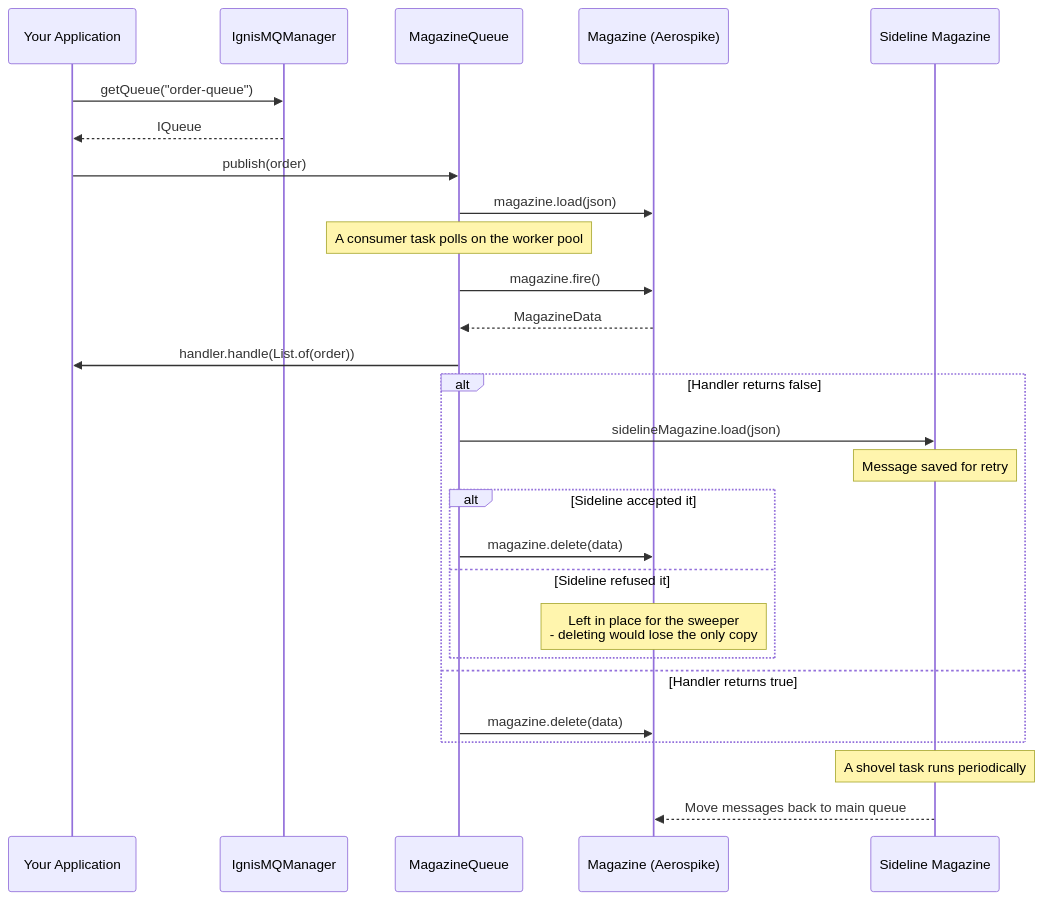
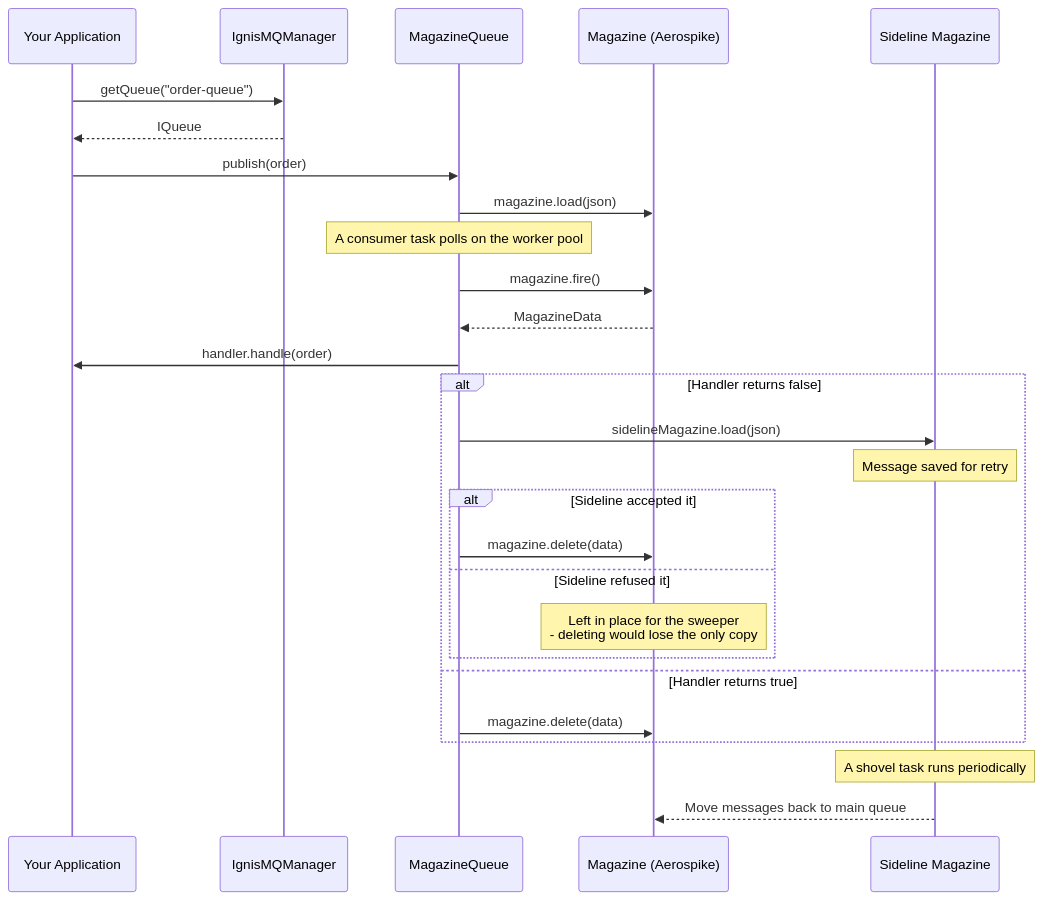
The first of 3 diagrams in docs/docs/index.md (PhonePe/IgnisMQ), drawn with Mermaid before and after one commit. The commit also changed other lines of this file and 45 other files, not shown here.

````diff
--- a/docs/docs/index.md
+++ b/docs/docs/index.md
@@ -45,34 +45,34 @@
 ```mermaid
 sequenceDiagram
     participant App as Your Application
     participant MQ as IgnisMQManager
     participant Q as MagazineQueue
     participant M as Magazine (Aerospike)
     participant S as Sideline Magazine
     
     App->>MQ: getQueue("order-queue")
     MQ-->>App: IQueue
     App->>Q: publish(order)
     Q->>M: magazine.load(json)
     
     Note over Q: A consumer task polls on the worker pool
     
     Q->>M: magazine.fire()
     M-->>Q: MagazineData
-    Q->>App: handler.handle(List.of(order))
+    Q->>App: handler.handle(order)
     
     alt Handler returns false
         Q->>S: sidelineMagazine.load(json)
         Note over S: Message saved for retry
         alt Sideline accepted it
             Q->>M: magazine.delete(data)
         else Sideline refused it
             Note over M: Left in place for the sweeper<br/>- deleting would lose the only copy
         end
     else Handler returns true
         Q->>M: magazine.delete(data)
     end
     
     Note over S: A shovel task runs periodically
     S-->>M: Move messages back to main queue
 ```
````
